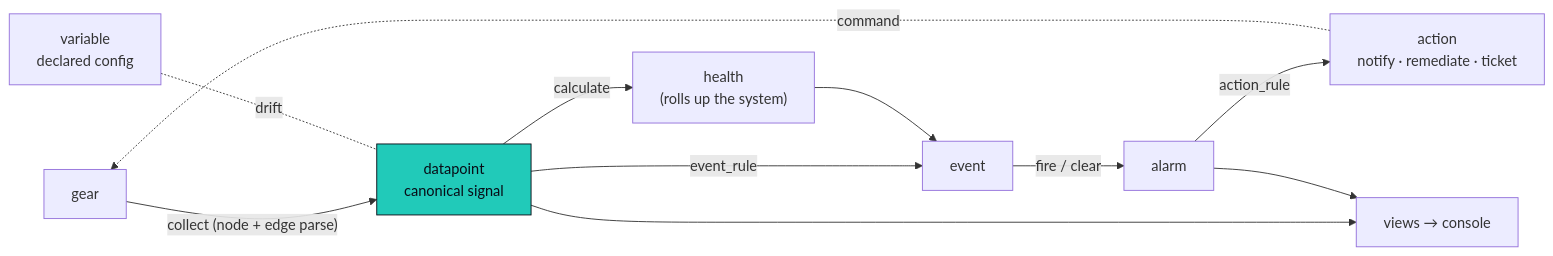
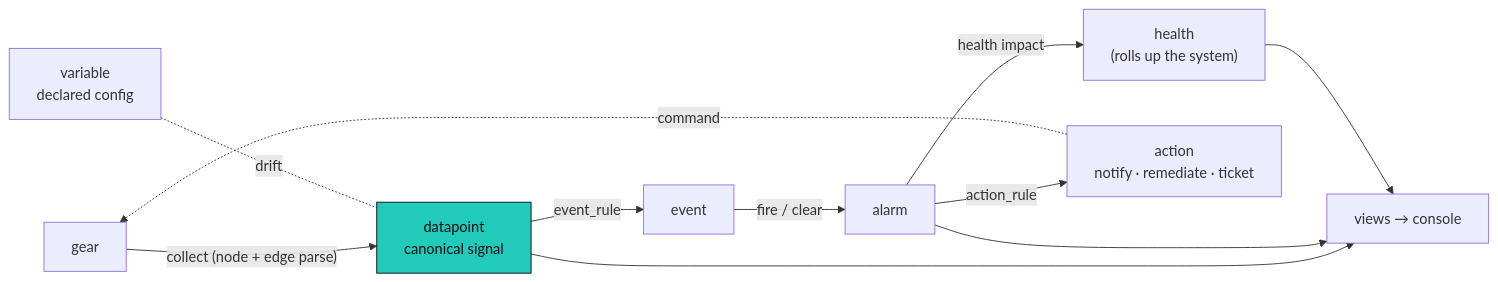
One commit to hyperscaleav/omniglass changed the second of 2 diagrams in docs/src/content/docs/architecture/index.md. Above: the diagram before and after it, drawn with Mermaid. The commit also changed other lines of this file and 3 other files, not shown here.

````diff
--- a/docs/src/content/docs/architecture/index.md
+++ b/docs/src/content/docs/architecture/index.md
@@ -118,14 +121,14 @@
 ```mermaid
 flowchart LR
   G["gear"] -->|"collect (node + edge parse)"| DP["datapoint<br/>canonical signal"]
-  DP -->|"calculate"| H["health<br/>(rolls up the system)"]
   DP -->|"event_rule"| EV["event"] -->|"fire / clear"| AL["alarm"]
-  H --> EV
+  AL -->|"health impact"| H["health<br/>(rolls up the system)"]
   AL -->|"action_rule"| AC["action<br/>notify · remediate · ticket"]
   AC -.->|"command"| G
   VAR["variable<br/>declared config"] -. "drift" .- DP
   DP --> VW["views → console"]
   AL --> VW
+  H --> VW
   classDef k fill:#21CAB9,stroke:#080c16,color:#080c16;
   class DP k;
 ```
````
